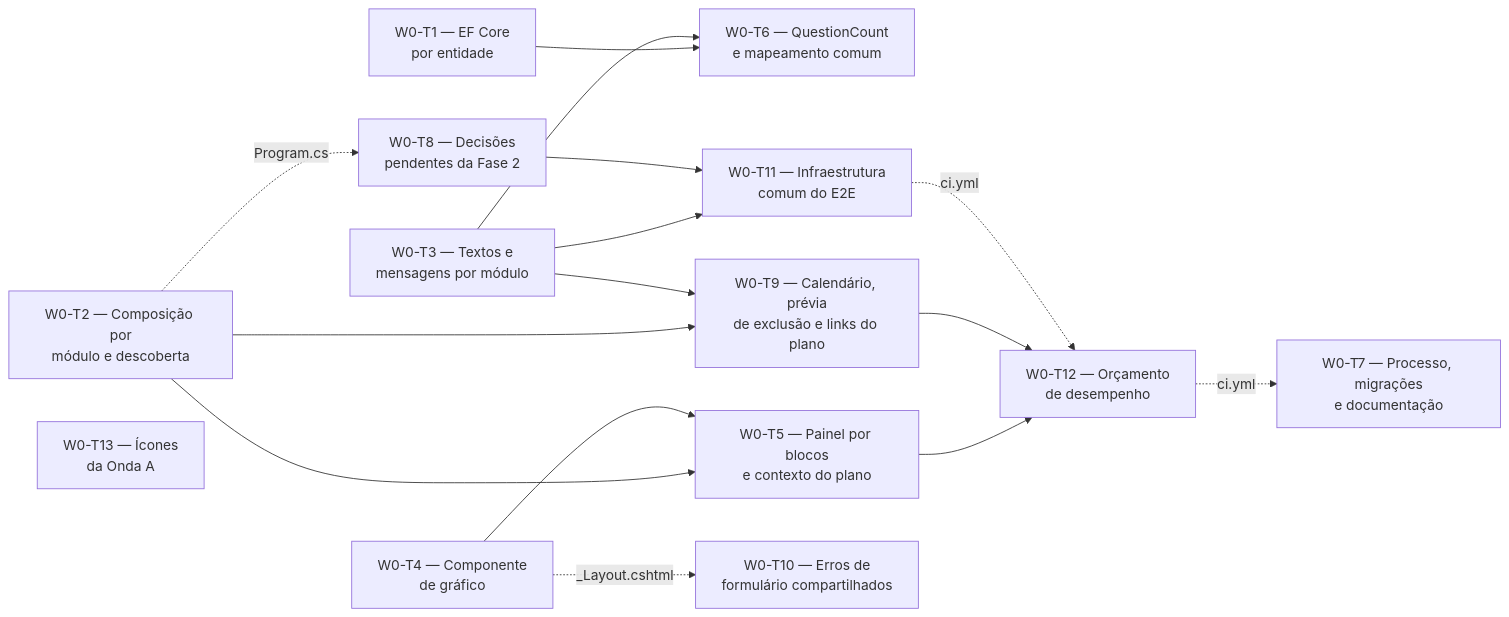
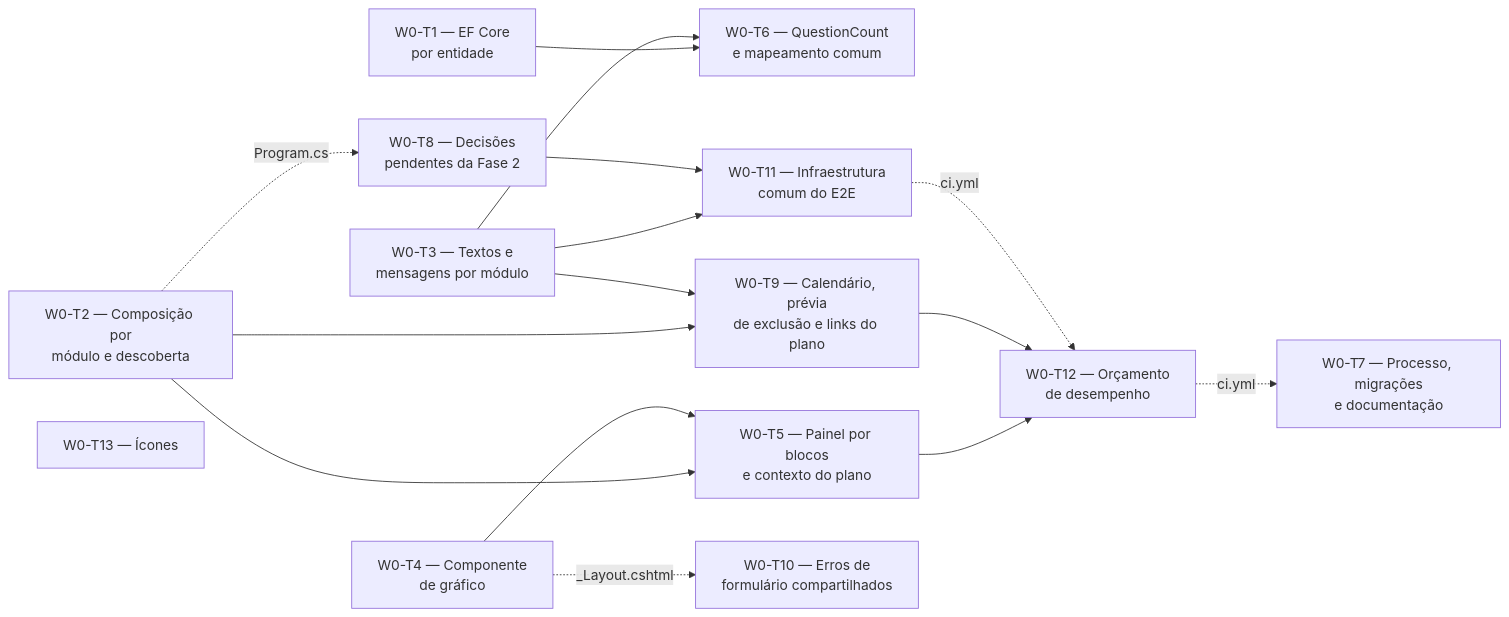
Before and after one commit to vitorparras/Trail: the diagram in docs/fases/onda-0-base-compartilhada.md, drawn with Mermaid. The commit also changed other lines of this file, not shown here.

````diff
--- a/docs/fases/onda-0-base-compartilhada.md
+++ b/docs/fases/onda-0-base-compartilhada.md
@@ -65,18 +65,18 @@
 ```mermaid
 flowchart LR
     T1["W0-T1 — EF Core<br/>por entidade"] --> T6["W0-T6 — QuestionCount<br/>e mapeamento comum"]
     T3["W0-T3 — Textos e<br/>mensagens por módulo"] --> T6
     T2["W0-T2 — Composição por<br/>módulo e descoberta"] --> T5["W0-T5 — Painel por blocos<br/>e contexto do plano"]
     T4["W0-T4 — Componente<br/>de gráfico"] --> T5
     T2 --> T9["W0-T9 — Calendário, prévia<br/>de exclusão e links do plano"]
     T3 --> T9
     T3 --> T11["W0-T11 — Infraestrutura<br/>comum do E2E"]
     T8["W0-T8 — Decisões<br/>pendentes da Fase 2"] --> T11
     T5 --> T12["W0-T12 — Orçamento<br/>de desempenho"]
     T9 --> T12
     T2 -.->|"Program.cs"| T8
     T4 -.->|"_Layout.cshtml"| T10["W0-T10 — Erros de<br/>formulário compartilhados"]
     T11 -.->|"ci.yml"| T12
     T12 -.->|"ci.yml"| T7["W0-T7 — Processo, migrações<br/>e documentação"]
-    T13["W0-T13 — Ícones<br/>da Onda A"]
+    T13["W0-T13 — Ícones"]
 ```
````
